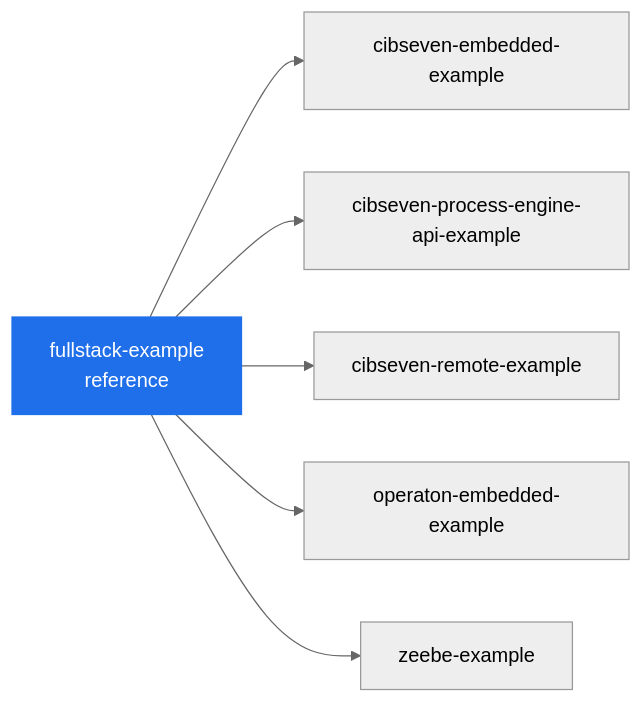
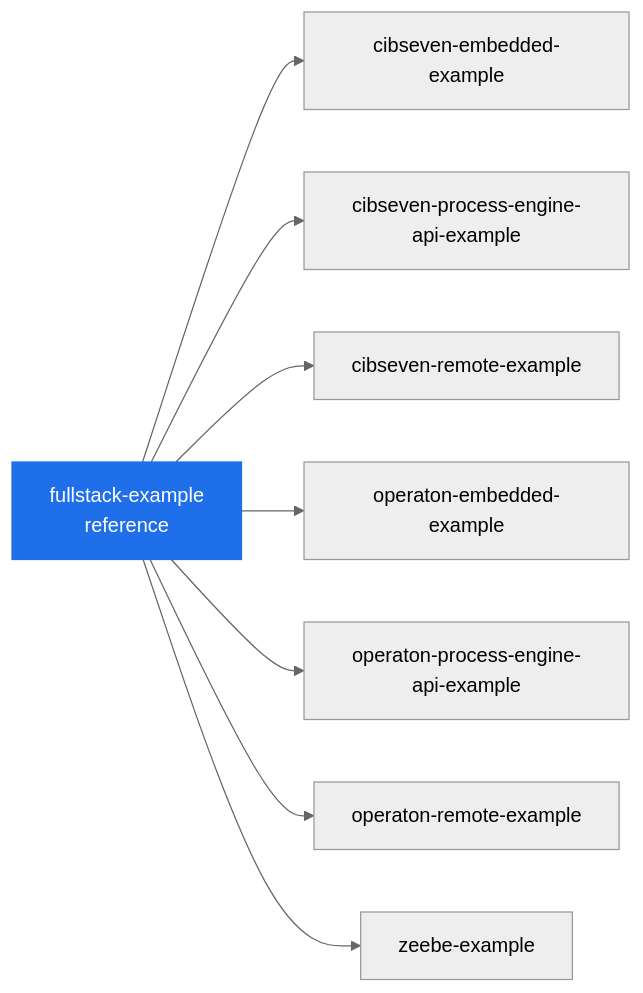
The diagram in docs/blueprints.md (miragon-blueprints/.github), drawn with Mermaid (neutral theme) before and after one commit. The commit also changed other lines of this file, not shown here.

Commit message:
docs: sync blueprint landscape (#4)

````diff
--- a/docs/blueprints.md
+++ b/docs/blueprints.md
@@ -34,10 +34,12 @@
 ```mermaid
 graph LR
   fullstack_example["fullstack-example<br/>reference"]:::ref
   fullstack_example --> cibseven_embedded_example["cibseven-embedded-example"]
   fullstack_example --> cibseven_process_engine_api_example["cibseven-process-engine-api-example"]
   fullstack_example --> cibseven_remote_example["cibseven-remote-example"]
   fullstack_example --> operaton_embedded_example["operaton-embedded-example"]
+  fullstack_example --> operaton_process_engine_api_example["operaton-process-engine-api-example"]
+  fullstack_example --> operaton_remote_example["operaton-remote-example"]
   fullstack_example --> zeebe_example["zeebe-example"]
   classDef ref fill:#1f6feb,stroke:#1f6feb,color:#fff
 ```
````
